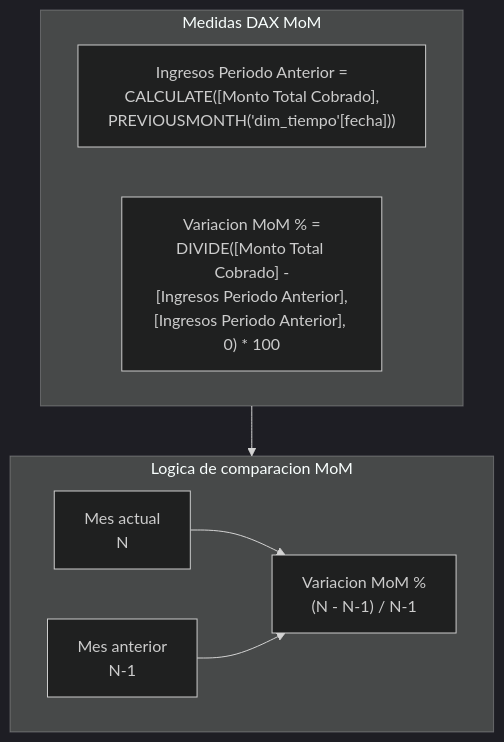
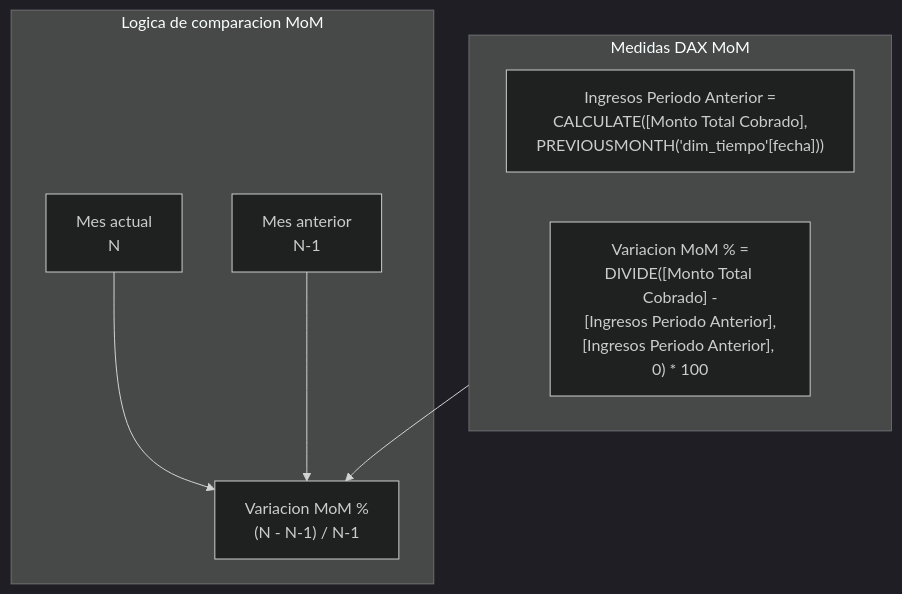
Before and after one commit to ClaudioB12/CentroPsicologico-BI: the second of 3 diagrams in docs/informe/10_dashboard.md, drawn with Mermaid (dark theme). The commit also changed other lines of this file and 6 other files, not shown here.

Commit message:
Corrige diagramas Mermaid: reemplaza flowchart LR y direction LR por flowchart TD vertical en todos los archivos - pipeline arquitectura ahora muestra capas apiladas verticalmente

````diff
--- a/docs/informe/10_dashboard.md
+++ b/docs/informe/10_dashboard.md
@@ -60,19 +60,19 @@
 ```mermaid
 flowchart TD
   subgraph LOGICA["Logica de comparacion MoM"]
-    direction LR
+
     PA["Mes actual\nN"]
     PP["Mes anterior\nN-1"]
     VAR["Variacion MoM %\n(N - N-1) / N-1"]
   end
 
   subgraph DAX["Medidas DAX MoM"]
-    direction LR
+
     D1["Ingresos Periodo Anterior =\nCALCULATE([Monto Total Cobrado],\nPREVIOUSMONTH('dim_tiempo'[fecha]))"]
     D2["Variacion MoM % =\nDIVIDE([Monto Total Cobrado] -\n[Ingresos Periodo Anterior],\n[Ingresos Periodo Anterior], 0) * 100"]
   end
 
   PA --> VAR
   PP --> VAR
   DAX --> VAR
 ```
````
